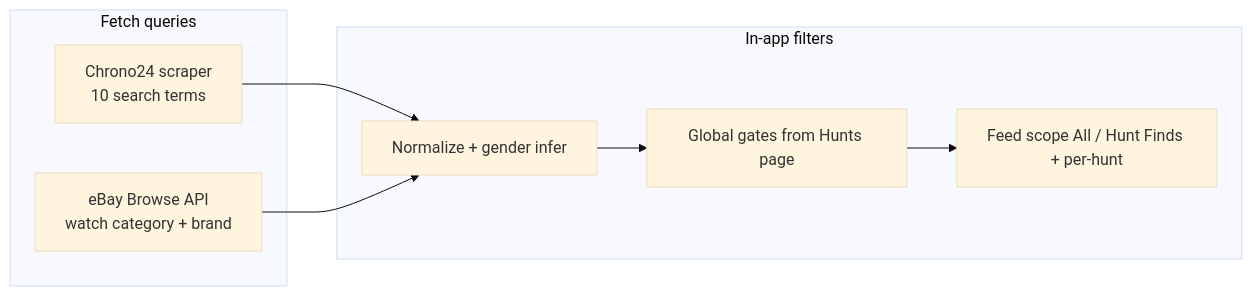
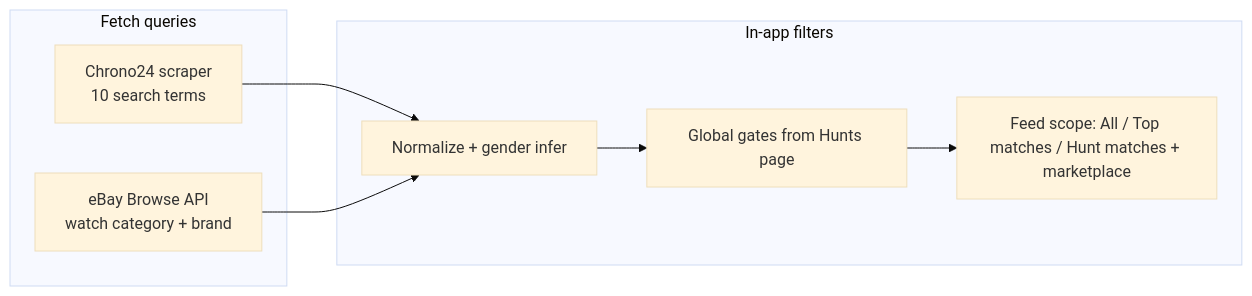
The diagram in .cursor/docs/marketplace-queries.md (Jolien-Product-Manager/GoodFinds2.0), drawn with Mermaid (base theme) before and after one commit. The commit also changed other lines of this file and 34 other files, not shown here.

````diff
--- a/.cursor/docs/marketplace-queries.md
+++ b/.cursor/docs/marketplace-queries.md
@@ -11,15 +11,15 @@
 ```mermaid
 flowchart LR
   subgraph fetch [Fetch queries]
     Chrono24["Chrono24 scraper\n10 search terms"]
     Ebay["eBay Browse API\nwatch category + brand"]
   end
   subgraph app [In-app filters]
     Norm["Normalize + gender infer"]
     Crit["Global gates from Hunts page"]
-    FeedScope["Feed scope All / Hunt Finds + per-hunt"]
+    FeedScope["Feed scope: All / Top matches / Hunt matches + marketplace"]
   end
   Chrono24 --> Norm
   Ebay --> Norm
   Norm --> Crit --> FeedScope
 ```
````
